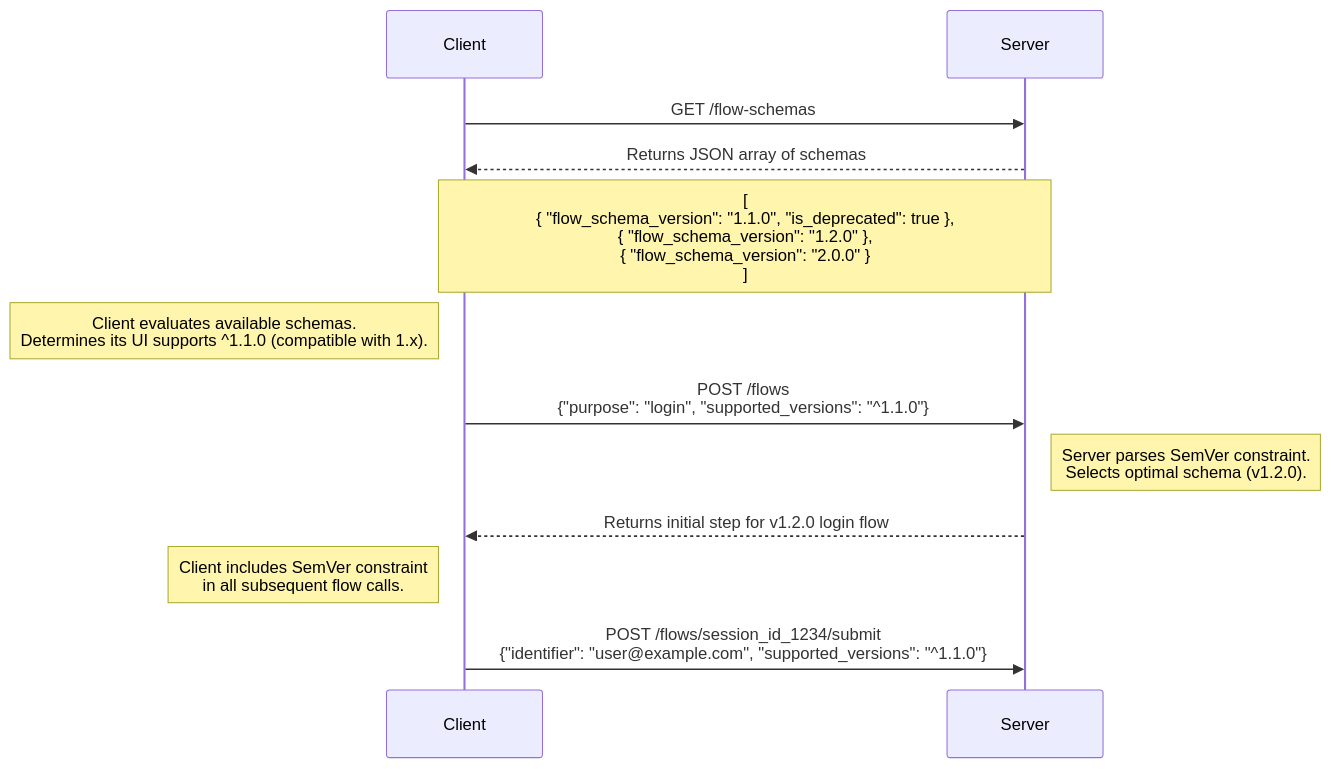
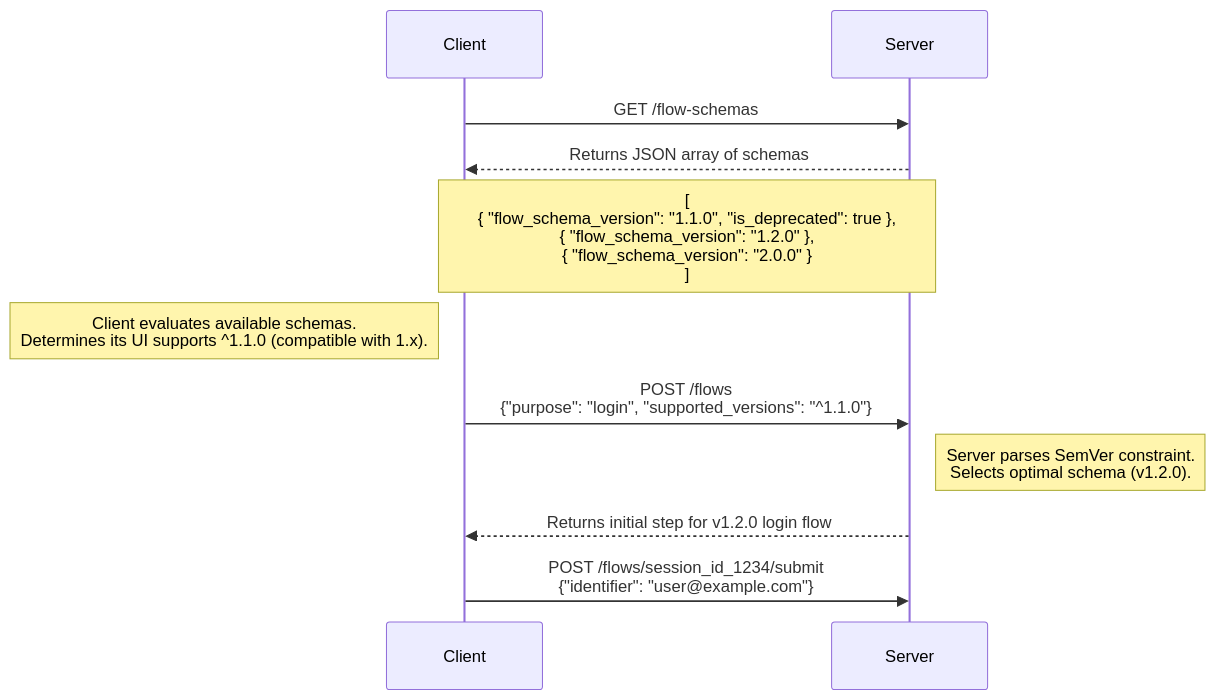
The diagram in api/capability-handshake.md (zitadel/nextgen), drawn with Mermaid before and after one commit.

Commit message:
review comments

````diff
--- a/api/capability-handshake.md
+++ b/api/capability-handshake.md
@@ -9,14 +9,13 @@
 ```mermaid
 sequenceDiagram
 participant Client
 participant Server
     Client->>Server: GET /flow-schemas
     Server-->>Client: Returns JSON array of schemas
     Note over Client, Server: [<br/>  { "flow_schema_version": "1.1.0", "is_deprecated": true },<br/>  { "flow_schema_version": "1.2.0" },<br/>  { "flow_schema_version": "2.0.0" }<br/>]
     Note left of Client: Client evaluates available schemas.<br/>Determines its UI supports ^1.1.0 (compatible with 1.x).
     Client->>Server: POST /flows<br/>{"purpose": "login", "supported_versions": "^1.1.0"}
     Note right of Server: Server parses SemVer constraint.<br/>Selects optimal schema (v1.2.0).
     Server-->>Client: Returns initial step for v1.2.0 login flow
-    Note left of Client: Client includes SemVer constraint<br/>in all subsequent flow calls.
-    Client->>Server: POST /flows/session_id_1234/submit<br/>{"identifier": "user@example.com", "supported_versions": "^1.1.0"}
+    Client->>Server: POST /flows/session_id_1234/submit<br/>{"identifier": "user@example.com"}
 ```
````
